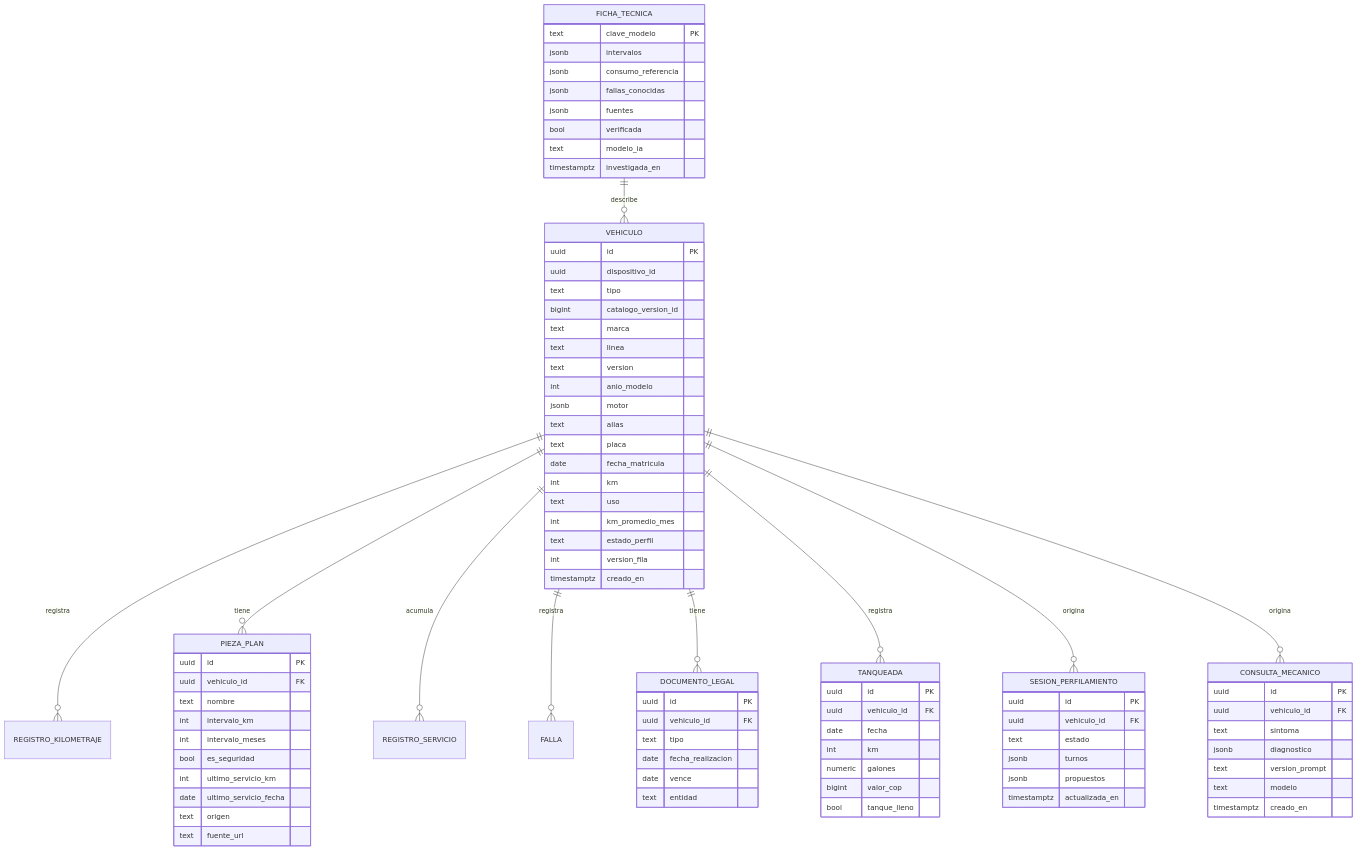
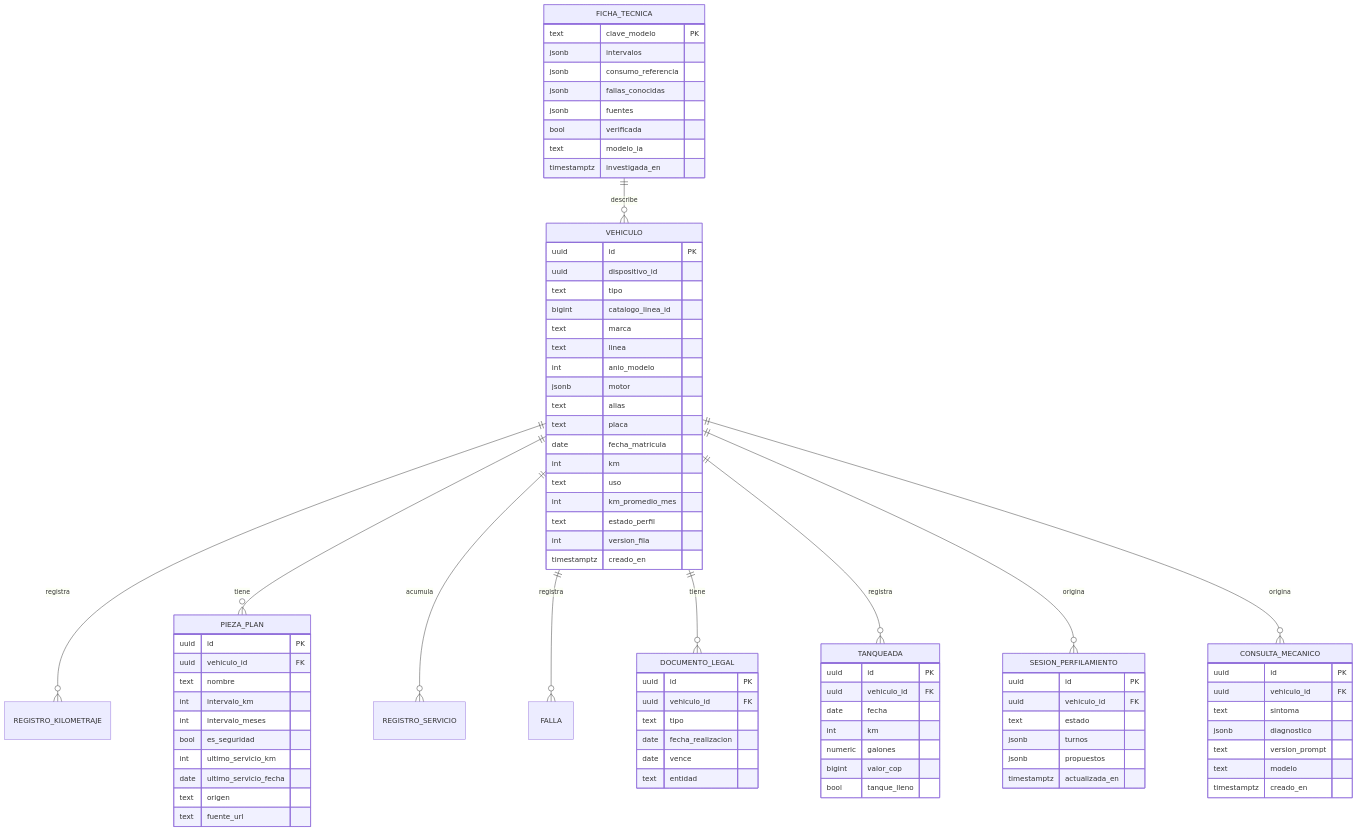
Before and after one commit to PaLuRoBu0809/WEVEH-CAR-ASSISTANT: the second of 2 diagrams in plugins/weveh-dev/skills/dominio-vehiculo/references/modelo-dominio.md, drawn with Mermaid. The commit also changed other lines of this file and 9 other files, not shown here.

```diff
--- a/plugins/weveh-dev/skills/dominio-vehiculo/references/modelo-dominio.md
+++ b/plugins/weveh-dev/skills/dominio-vehiculo/references/modelo-dominio.md
@@ -158,10 +157,9 @@
     uuid id PK
     uuid dispositivo_id
     text tipo
-    bigint catalogo_version_id
+    bigint catalogo_linea_id
     text marca
     text linea
-    text version
     int anio_modelo
     jsonb motor
     text alias
```
